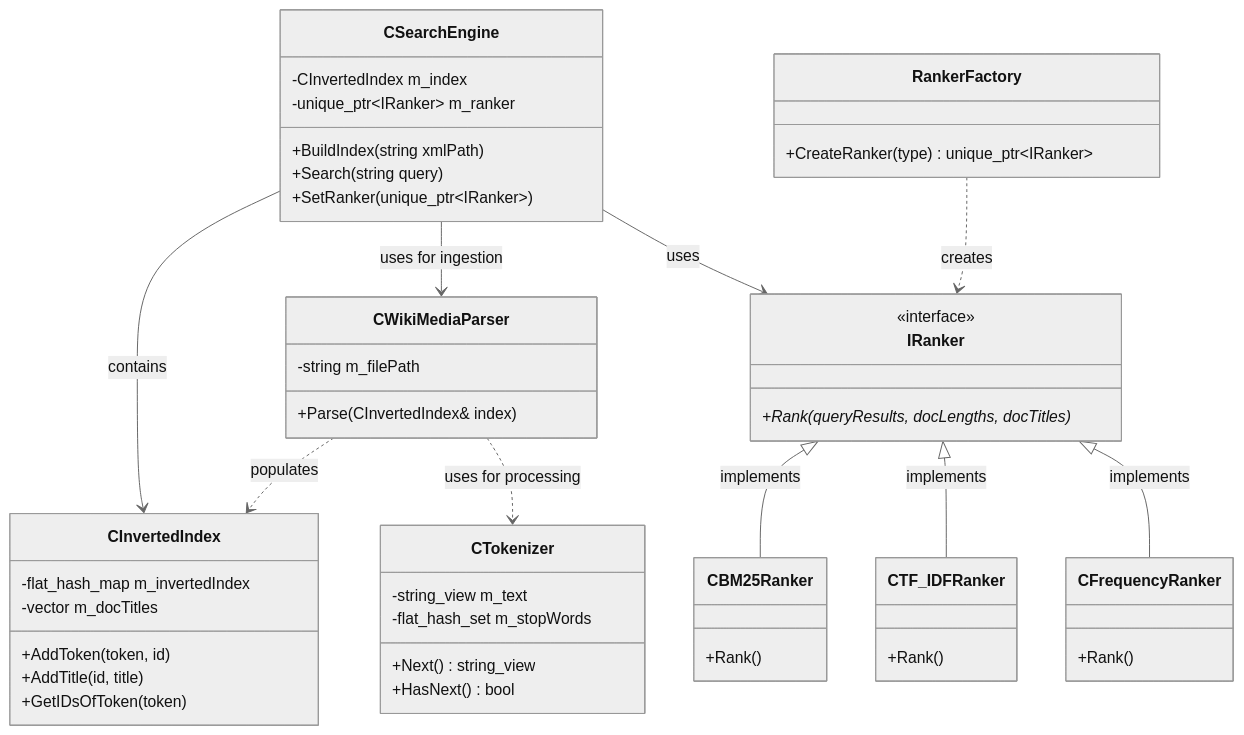
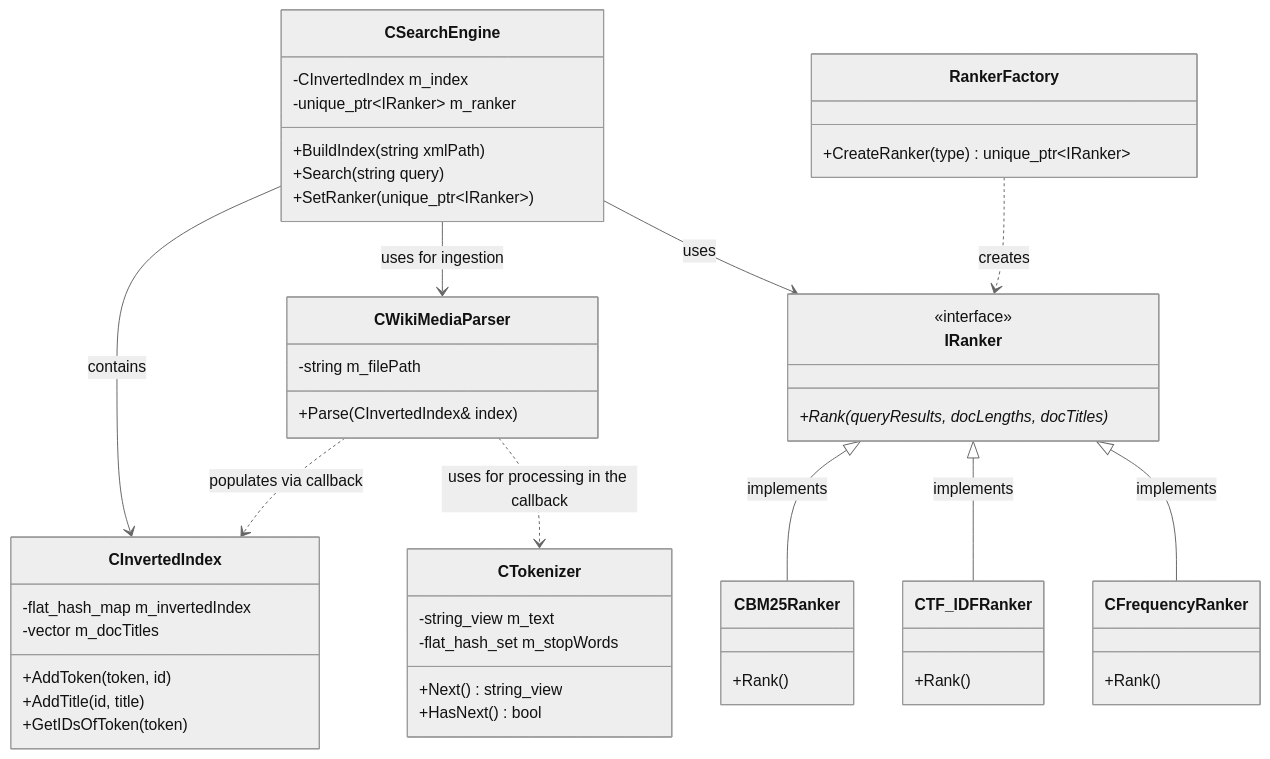
One commit to HaimAsh/SearchEngine changed the diagram in README.md. Above: the diagram before and after it, drawn with Mermaid (neutral theme).

Commit message:
clarify README.md

````diff
--- a/README.md
+++ b/README.md
@@ -26,61 +26,61 @@
 ```mermaid
 classDiagram
     class CSearchEngine {
         -CInvertedIndex m_index
         -unique_ptr~IRanker~ m_ranker
         +BuildIndex(string xmlPath)
         +Search(string query)
         +SetRanker(unique_ptr~IRanker~)
     }
 
     class CWikiMediaParser {
         -string m_filePath
         +Parse(CInvertedIndex& index)
     }
 
     class CTokenizer {
         -string_view m_text
         -flat_hash_set m_stopWords
         +Next() string_view
         +HasNext() bool
     }
 
     class CInvertedIndex {
         -flat_hash_map m_invertedIndex
         -vector m_docTitles
         +AddToken(token, id)
         +AddTitle(id, title)
         +GetIDsOfToken(token)
     }
 
     class IRanker {
         <<interface>>
         +Rank(queryResults, docLengths, docTitles)*
     }
 
     class CBM25Ranker {
         +Rank()
     }
 
     class CTF_IDFRanker {
         +Rank()
     }
 
     class CFrequencyRanker {
         +Rank()
     }
 
     class RankerFactory {
         +CreateRanker(type) unique_ptr~IRanker~
     }
 
     CSearchEngine --> CWikiMediaParser : uses for ingestion
     CSearchEngine --> CInvertedIndex : contains
     CSearchEngine --> IRanker : uses
-    CWikiMediaParser ..> CInvertedIndex : populates
-    CWikiMediaParser ..> CTokenizer : uses for processing
+    CWikiMediaParser ..> CInvertedIndex : populates via callback
+    CWikiMediaParser ..> CTokenizer : uses for processing in the callback
     IRanker <|-- CBM25Ranker : implements
     IRanker <|-- CTF_IDFRanker : implements
     IRanker <|-- CFrequencyRanker : implements
     RankerFactory ..> IRanker : creates
 ```
````
